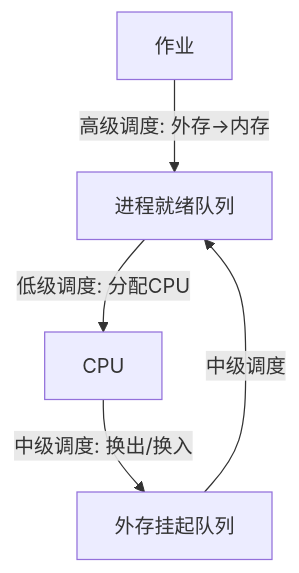
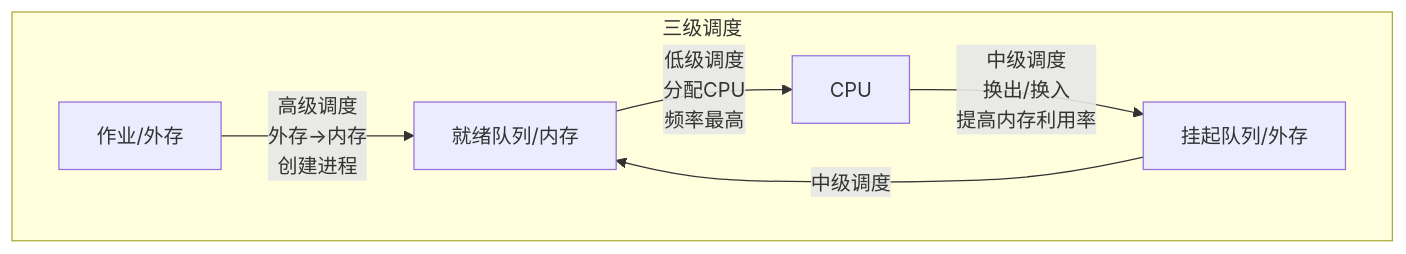
One commit to AH23333/Blog changed diagram 17 of 33 in src/content/philes/volume-1/CS-OS/简易OS知识点.md. Above: the diagram before and after it, drawn with Mermaid. The commit also changed other lines of this file and 21 other files, not shown here.

````diff
--- a/src/content/philes/volume-1/CS-OS/简易OS知识点.md
+++ b/src/content/philes/volume-1/CS-OS/简易OS知识点.md
@@ -285,7 +789,9 @@
 ```mermaid
 graph TB
-    A[作业] -->|高级调度: 外存→内存| B[进程就绪队列]
-    B -->|低级调度: 分配CPU| C[CPU]
-    C -->|中级调度: 换出/换入| D[外存挂起队列]
-    D -->|中级调度| B
+    subgraph 三级调度
+        A["作业/外存"] -->|高级调度<br/>外存→内存<br/>创建进程| B["就绪队列/内存"]
+        B -->|低级调度<br/>分配CPU<br/>频率最高| C[CPU]
+        C -->|中级调度<br/>换出/换入<br/>提高内存利用率| D["挂起队列/外存"]
+        D -->|中级调度| B
+    end
 ```
````
